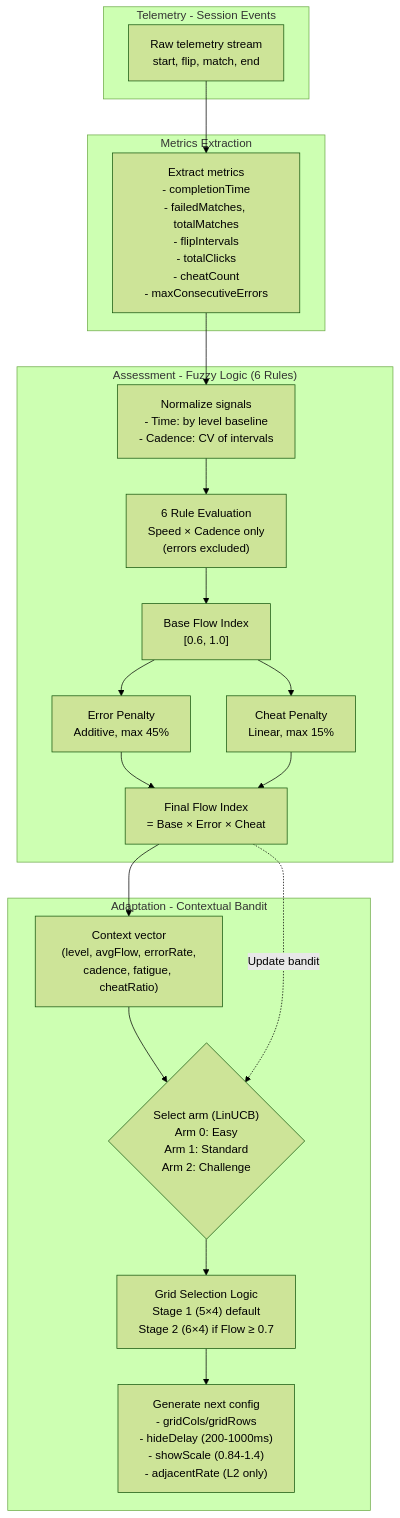
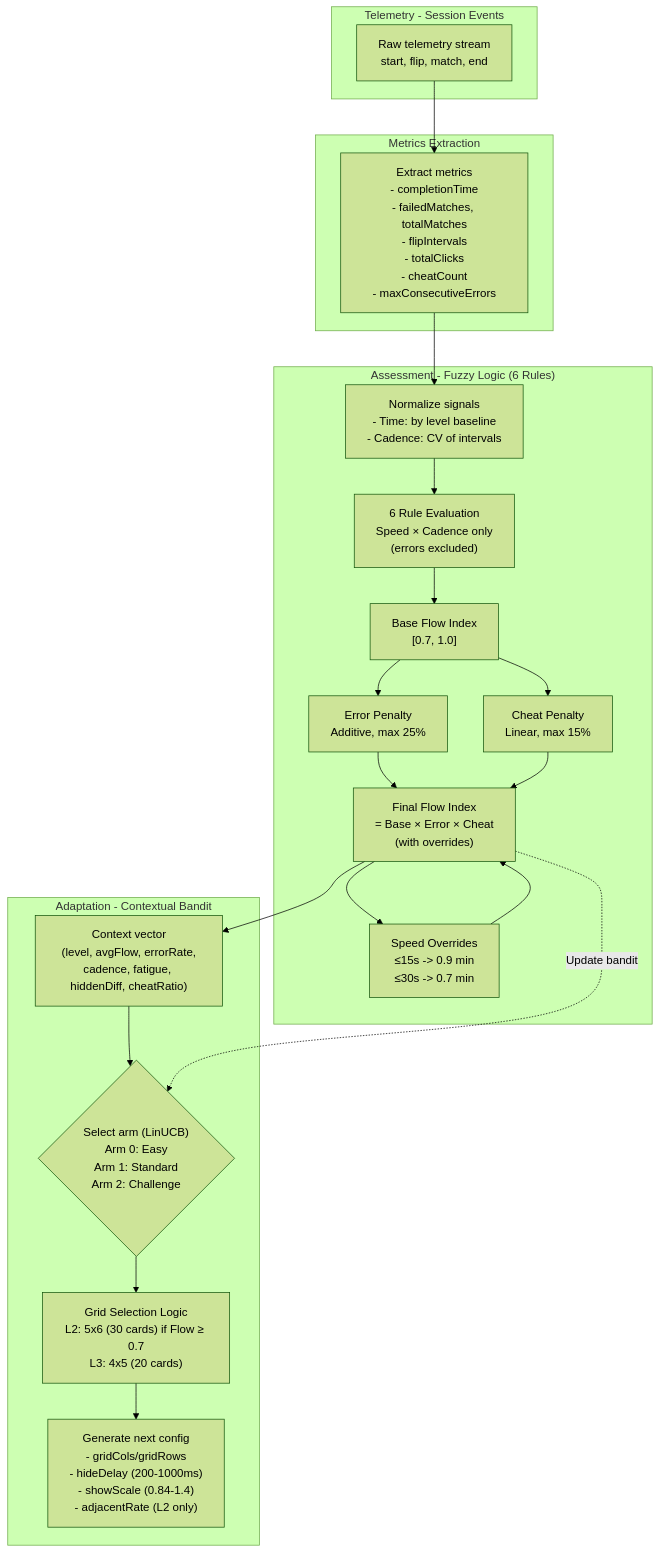
The fourth of 10 diagrams in docs/SYSTEM_DIAGRAMS.md (DDMYmia/Memory-Game-He-Maumahara), drawn with Mermaid (forest theme) before and after one commit. The commit also changed other lines of this file and 23 other files, not shown here.

````diff
--- a/docs/SYSTEM_DIAGRAMS.md
+++ b/docs/SYSTEM_DIAGRAMS.md
@@ -195,42 +203,45 @@
 ```mermaid
 flowchart TD
     subgraph "Telemetry - Session Events"
         Evt[Raw telemetry stream<br/>start, flip, match, end]
     end
 
     subgraph "Metrics Extraction"
         M["Extract metrics<br/>- completionTime<br/>- failedMatches, totalMatches<br/>- flipIntervals<br/>- totalClicks<br/>- cheatCount<br/>- maxConsecutiveErrors"]
     end
 
     subgraph "Assessment - Fuzzy Logic (6 Rules)"
         N["Normalize signals<br/>- Time: by level baseline<br/>- Cadence: CV of intervals"]
         R["6 Rule Evaluation<br/>Speed × Cadence only<br/>(errors excluded)"]
-        FI["Base Flow Index<br/>[0.6, 1.0]"]
-        EP["Error Penalty<br/>Additive, max 45%"]
+        FI["Base Flow Index<br/>[0.7, 1.0]"]
+        EP["Error Penalty<br/>Additive, max 25%"]
         CP["Cheat Penalty<br/>Linear, max 15%"]
-        FinalFI["Final Flow Index<br/>= Base × Error × Cheat"]
+        SO["Speed Overrides<br/>≤15s -> 0.9 min<br/>≤30s -> 0.7 min"]
+        FinalFI["Final Flow Index<br/>= Base × Error × Cheat<br/>(with overrides)"]
     end
 
     subgraph "Adaptation - Contextual Bandit"
-        Ctx["Context vector<br/>(level, avgFlow, errorRate,<br/>cadence, fatigue, cheatRatio)"]
+        Ctx["Context vector<br/>(level, avgFlow, errorRate,<br/>cadence, fatigue, hiddenDiff, cheatRatio)"]
         Arm{"Select arm (LinUCB)<br/>Arm 0: Easy<br/>Arm 1: Standard<br/>Arm 2: Challenge"}
-        Grid["Grid Selection Logic<br/>Stage 1 (5×4) default<br/>Stage 2 (6×4) if Flow ≥ 0.7"]
+        Grid["Grid Selection Logic<br/>L2: 5x6 (30 cards) if Flow ≥ 0.7<br/>L3: 4x5 (20 cards)"]
         Cfg["Generate next config<br/>- gridCols/gridRows<br/>- hideDelay (200-1000ms)<br/>- showScale (0.84-1.4)<br/>- adjacentRate (L2 only)"]
     end
 
     Evt --> M
     M --> N
     N --> R
     R --> FI
     FI --> EP
     FI --> CP
     EP --> FinalFI
     CP --> FinalFI
+    FinalFI --> SO
+    SO --> FinalFI
     
     FinalFI --> Ctx
     Ctx --> Arm
     Arm --> Grid
     Grid --> Cfg
     
     FinalFI -.->|Update bandit| Arm
 ```
````
